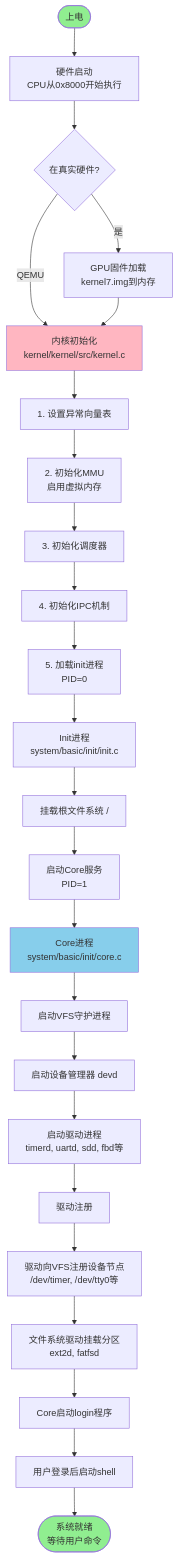
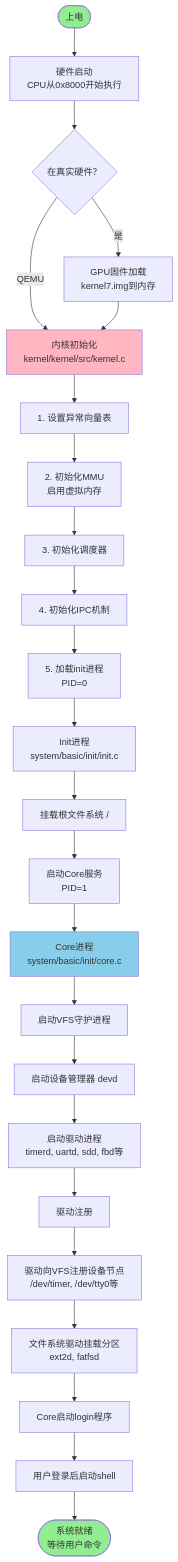
One commit to M-CreativeLab/ewokos-book changed the third of 3 diagrams in chapter2_arch.md. Above: the diagram before and after it, drawn with Mermaid. The commit also changed other lines of this file and 1 other file, not shown here.

````diff
--- a/chapter2_arch.md
+++ b/chapter2_arch.md
@@ -380,37 +387,37 @@
 ```mermaid
 flowchart TD
     Start([上电]) --> Boot[硬件启动<br/>CPU从0x8000开始执行]
-    Boot --> Bootloader{在真实硬件?}
+    Boot --> Bootloader{在真实硬件？}
     Bootloader -->|是| GPU[GPU固件加载<br/>kernel7.img到内存]
     Bootloader -->|QEMU| KernelInit
     GPU --> KernelInit
     
     KernelInit[内核初始化<br/>kernel/kernel/src/kernel.c]
     KernelInit --> Step1[1. 设置异常向量表]
     Step1 --> Step2[2. 初始化MMU<br/>启用虚拟内存]
     Step2 --> Step3[3. 初始化调度器]
     Step3 --> Step4[4. 初始化IPC机制]
     Step4 --> Step5[5. 加载init进程<br/>PID=0]
     
     Step5 --> InitProc[Init进程<br/>system/basic/init/init.c]
     InitProc --> Mount[挂载根文件系统 /]
     Mount --> CoreStart[启动Core服务<br/>PID=1]
     
     CoreStart --> Core[Core进程<br/>system/basic/init/core.c]
     Core --> VFSStart[启动VFS守护进程]
     VFSStart --> DevdStart[启动设备管理器 devd]
     DevdStart --> DriversStart[启动驱动进程<br/>timerd, uartd, sdd, fbd等]
     
     DriversStart --> Register[驱动注册]
     Register --> Reg1[驱动向VFS注册设备节点<br/>/dev/timer, /dev/tty0等]
     Reg1 --> Reg2[文件系统驱动挂载分区<br/>ext2d, fatfsd]
     
     Reg2 --> Login[Core启动login程序]
     Login --> Shell[用户登录后启动shell]
     Shell --> Ready([系统就绪<br/>等待用户命令])
     
     style Start fill:#90EE90
     style KernelInit fill:#FFB6C1
     style Core fill:#87CEEB
     style Ready fill:#90EE90
 ```
````
